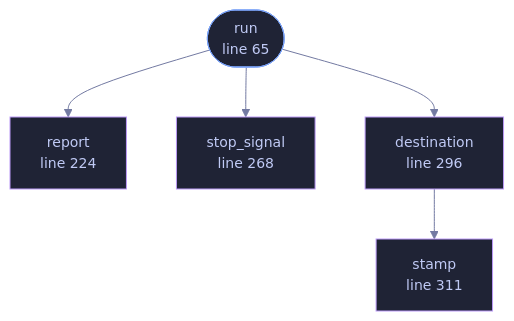
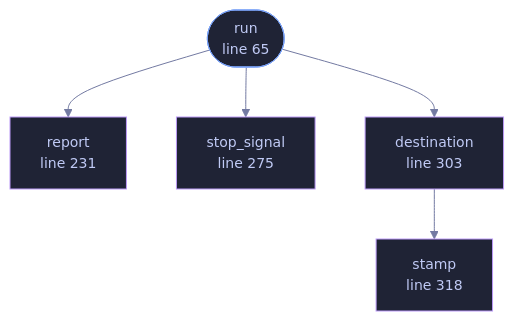
Before and after one commit to tilas01/veilvoice: the diagram in wiki/File-veilvoice-cli-record.md, drawn with Mermaid. The commit also changed other lines of this file and 100 other files, not shown here.

````diff
--- a/wiki/File-veilvoice-cli-record.md
+++ b/wiki/File-veilvoice-cli-record.md
@@ -85,22 +85,22 @@
 ```mermaid
 %%{init: {"theme":"base","themeVariables":{"background":"#1a1b26","primaryColor":"#1f2335","primaryTextColor":"#c0caf5","primaryBorderColor":"#7aa2f7","secondaryColor":"#16161e","tertiaryColor":"#16161e","lineColor":"#737aa2","textColor":"#c0caf5","mainBkg":"#1f2335","nodeBorder":"#7aa2f7","clusterBkg":"#16161e","clusterBorder":"#2f3549","fontFamily":"ui-monospace, SFMono-Regular, Consolas, monospace","fontSize":"14px"}}}%%
 flowchart TD
     n_run(["run<br/>line 65"])
-    n_report["report<br/>line 224"]
-    n_stop_signal["stop_signal<br/>line 268"]
-    n_destination["destination<br/>line 296"]
-    n_stamp["stamp<br/>line 311"]
+    n_report["report<br/>line 231"]
+    n_stop_signal["stop_signal<br/>line 275"]
+    n_destination["destination<br/>line 303"]
+    n_stamp["stamp<br/>line 318"]
     n_destination --> n_stamp
     n_run --> n_destination
     n_run --> n_report
     n_run --> n_stop_signal
     click n_run href "https://github.com/tilas01/veilvoice/blob/main/crates/veilvoice-cli/src/record.rs#L65" "open the source"
-    click n_report href "https://github.com/tilas01/veilvoice/blob/main/crates/veilvoice-cli/src/record.rs#L224" "open the source"
-    click n_stop_signal href "https://github.com/tilas01/veilvoice/blob/main/crates/veilvoice-cli/src/record.rs#L268" "open the source"
-    click n_destination href "https://github.com/tilas01/veilvoice/blob/main/crates/veilvoice-cli/src/record.rs#L296" "open the source"
-    click n_stamp href "https://github.com/tilas01/veilvoice/blob/main/crates/veilvoice-cli/src/record.rs#L311" "open the source"
+    click n_report href "https://github.com/tilas01/veilvoice/blob/main/crates/veilvoice-cli/src/record.rs#L231" "open the source"
+    click n_stop_signal href "https://github.com/tilas01/veilvoice/blob/main/crates/veilvoice-cli/src/record.rs#L275" "open the source"
+    click n_destination href "https://github.com/tilas01/veilvoice/blob/main/crates/veilvoice-cli/src/record.rs#L303" "open the source"
+    click n_stamp href "https://github.com/tilas01/veilvoice/blob/main/crates/veilvoice-cli/src/record.rs#L318" "open the source"
     classDef entry fill:#1f2335,stroke:#7aa2f7,color:#c0caf5
     class n_run entry
     classDef helper fill:#1f2335,stroke:#bb9af7,color:#c0caf5
     class n_report,n_stop_signal,n_destination,n_stamp helper
 ```
````
